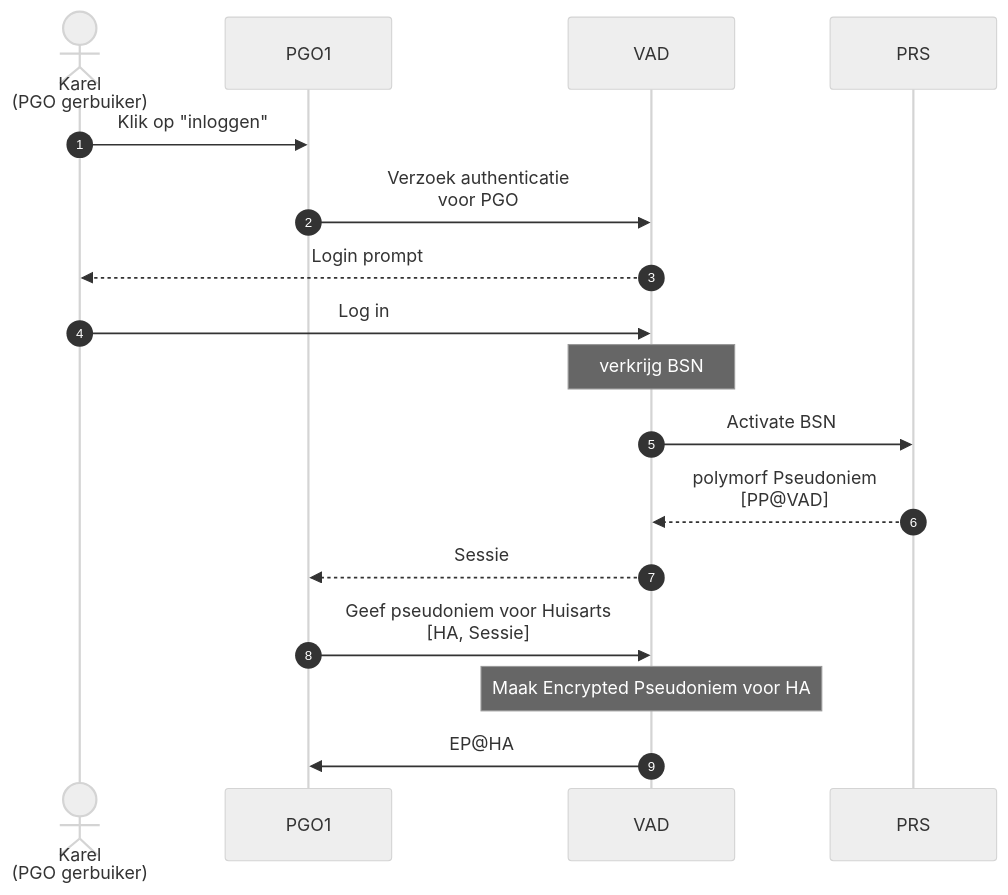
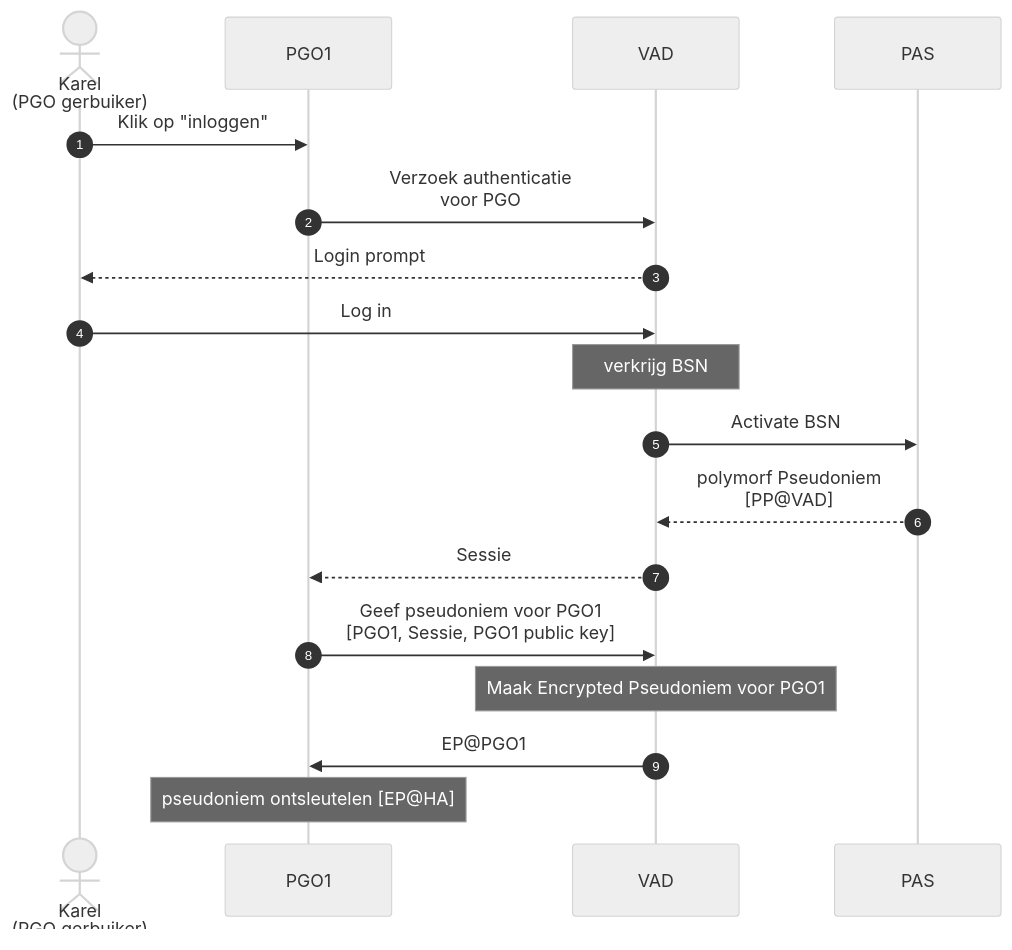
One commit to stevenvegt/pep-go changed the third of 10 diagrams in docs/docs.md. Above: the diagram before and after it, drawn with Mermaid (neutral theme). The commit also changed other lines of this file, not shown here.

Commit message:
Fix voor PGO authenticatie

````diff
--- a/docs/docs.md
+++ b/docs/docs.md
@@ -5,26 +65,27 @@
 ```mermaid
 sequenceDiagram
 	actor burger as Karel<br>(PGO gerbuiker)
 	participant PGO1
 	participant VAD
-	participant PRS
+	participant PAS
 
 	autonumber
 
 	burger ->> PGO1: Klik op "inloggen"
 	PGO1 ->> VAD: Verzoek authenticatie<br> voor PGO
 	VAD -->> burger: Login prompt
 
 	burger ->> VAD: Log in
 	note over VAD: verkrijg BSN
-	VAD ->> PRS: Activate BSN
-	PRS -->> VAD: polymorf Pseudoniem<br> [PP@VAD]
+	VAD ->> PAS: Activate BSN
+	PAS -->> VAD: polymorf Pseudoniem<br> [PP@VAD]
 	VAD -->> PGO1: Sessie
 
 
 
-	PGO1 ->> VAD: Geef pseudoniem voor Huisarts<br> [HA, Sessie]
-	note over VAD: Maak Encrypted Pseudoniem voor HA
-	VAD ->> PGO1: EP@HA
+	PGO1 ->> VAD: Geef pseudoniem voor PGO1<br> [PGO1, Sessie, PGO1 public key]
+	note over VAD: Maak Encrypted Pseudoniem voor PGO1
+	VAD ->> PGO1: EP@PGO1
 
+	note over PGO1: pseudoniem ontsleutelen [EP@HA]
 ```
````
